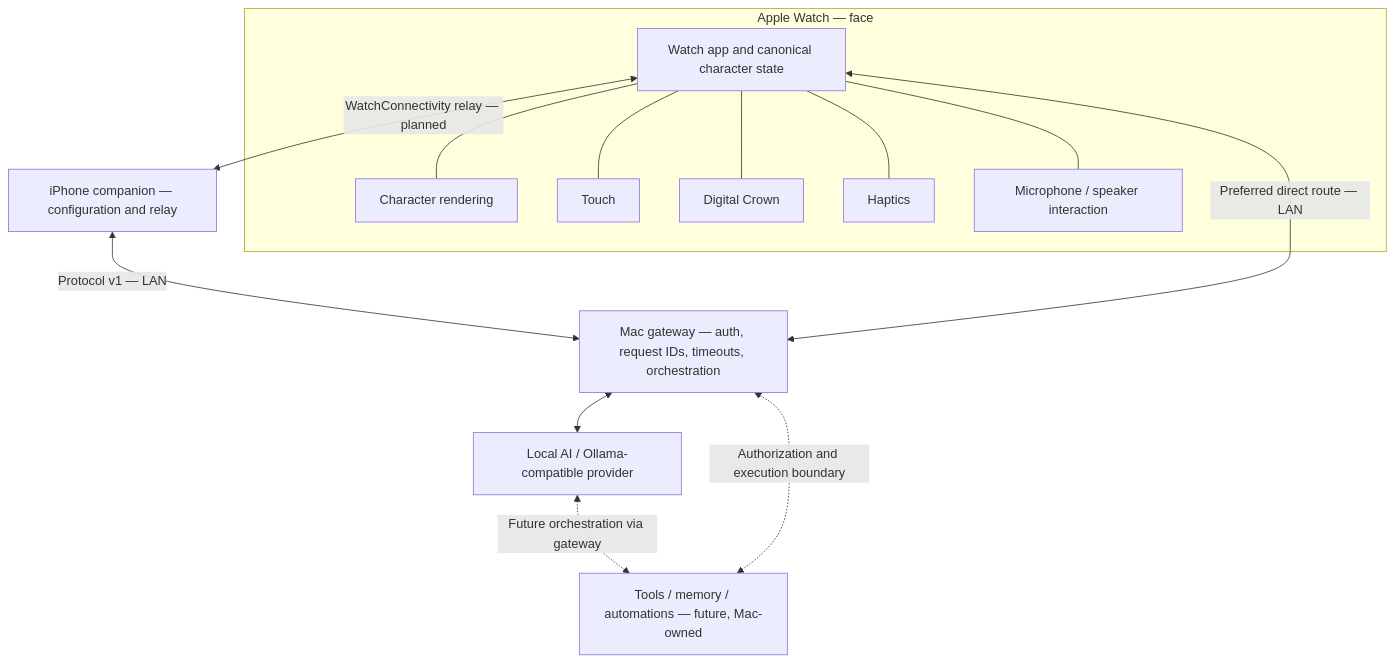
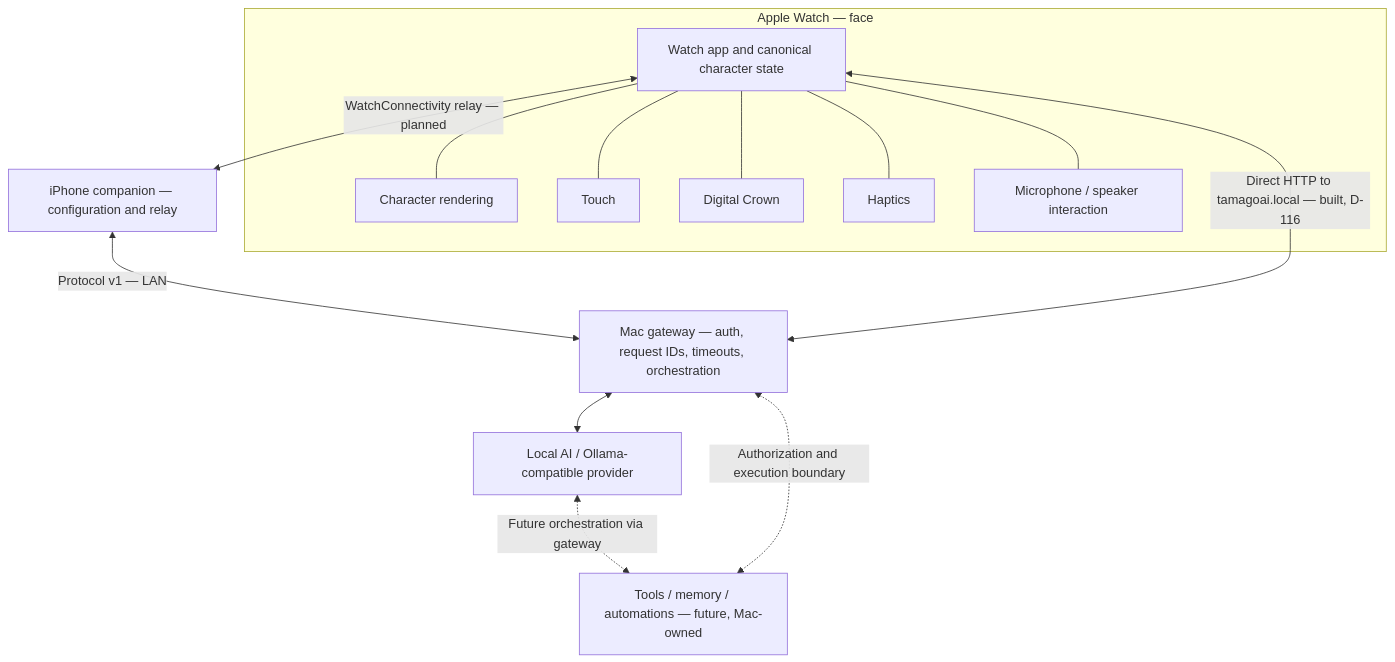
One commit to CristoXD73/TamagoAI changed the diagram in docs/TAMAGO_ARCHITECTURE.md. Above: the diagram before and after it, drawn with Mermaid. The commit also changed other lines of this file and 6 other files, not shown here.

````diff
--- a/docs/TAMAGO_ARCHITECTURE.md
+++ b/docs/TAMAGO_ARCHITECTURE.md
@@ -8,26 +9,26 @@
 ```mermaid
 flowchart TB
     subgraph watch[Apple Watch — face]
         app[Watch app and canonical character state]
         render[Character rendering]
         touch[Touch]
         crown[Digital Crown]
         haptics[Haptics]
         voice[Microphone / speaker interaction]
         app --- render
         app --- touch
         app --- crown
         app --- haptics
         app --- voice
     end
     phone[iPhone companion — configuration and relay]
     gateway[Mac gateway — auth, request IDs, timeouts, orchestration]
     ai[Local AI / Ollama-compatible provider]
     tools[Tools / memory / automations — future, Mac-owned]
     app <-->|WatchConnectivity relay — planned| phone
     phone <-->|Protocol v1 — LAN| gateway
-    app <-->|Preferred direct route — LAN| gateway
+    app <-->|Direct HTTP to tamagoai.local — built, D-116| gateway
     gateway <--> ai
     ai <-.->|Future orchestration via gateway| tools
     gateway <-.->|Authorization and execution boundary| tools
 ```
````
